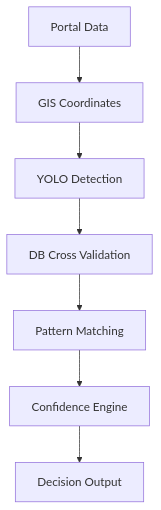
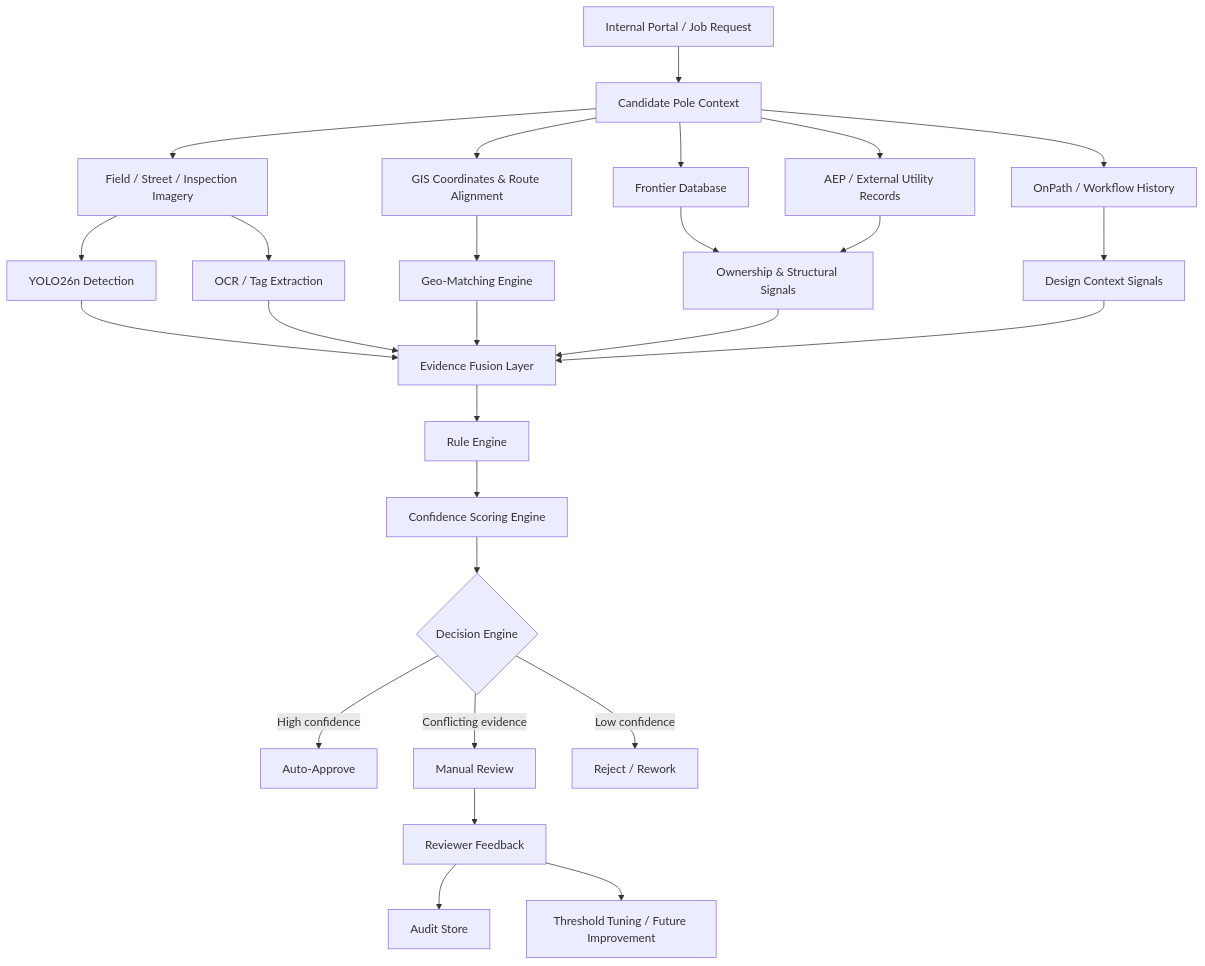
Before and after one commit to dranubhaparashar/projects: the diagram in src/content/posts/pole-detection.md, drawn with Mermaid.

Commit message:
Enable site banner

````diff
--- a/src/content/posts/pole-detection.md
+++ b/src/content/posts/pole-detection.md
@@ -46,9 +46,34 @@
 ```mermaid
 flowchart TD
-    A[Portal Data] --> B[GIS Coordinates]
-    B --> C[YOLO Detection]
-    C --> D[DB Cross Validation]
-    D --> E[Pattern Matching]
-    E --> F[Confidence Engine]
-    F --> G[Decision Output]
+    A[Internal Portal / Job Request] --> B[Candidate Pole Context]
+    B --> C[GIS Coordinates & Route Alignment]
+    B --> D[Field / Street / Inspection Imagery]
+    B --> E[Frontier Database]
+    B --> F[AEP / External Utility Records]
+    B --> G[OnPath / Workflow History]
+
+    D --> H[YOLO26n Detection]
+    D --> I[OCR / Tag Extraction]
+    C --> J[Geo-Matching Engine]
+    E --> K[Ownership & Structural Signals]
+    F --> K
+    G --> L[Design Context Signals]
+
+    H --> M[Evidence Fusion Layer]
+    I --> M
+    J --> M
+    K --> M
+    L --> M
+
+    M --> N[Rule Engine]
+    N --> O[Confidence Scoring Engine]
+    O --> P{Decision Engine}
+
+    P -->|High confidence| Q[Auto-Approve]
+    P -->|Conflicting evidence| R[Manual Review]
+    P -->|Low confidence| S[Reject / Rework]
+
+    R --> T[Reviewer Feedback]
+    T --> U[Audit Store]
+    T --> V[Threshold Tuning / Future Improvement]
 ```
````
